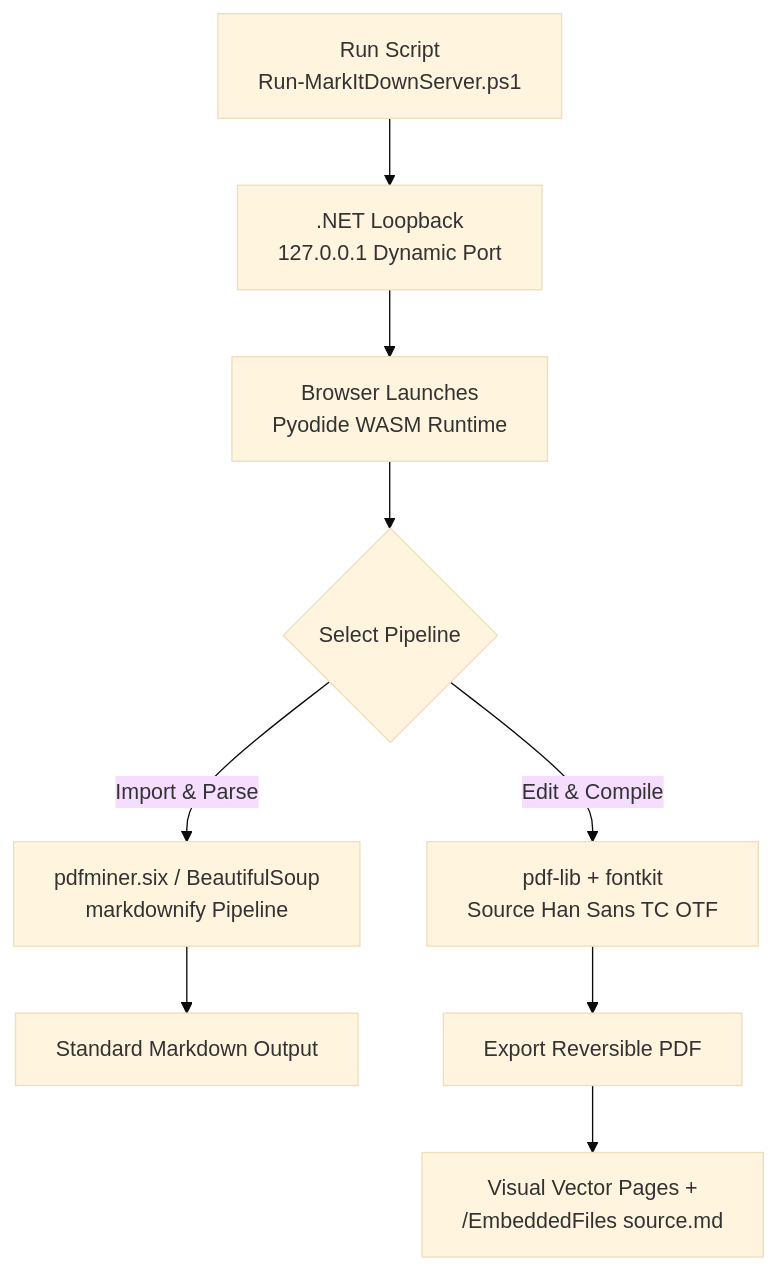
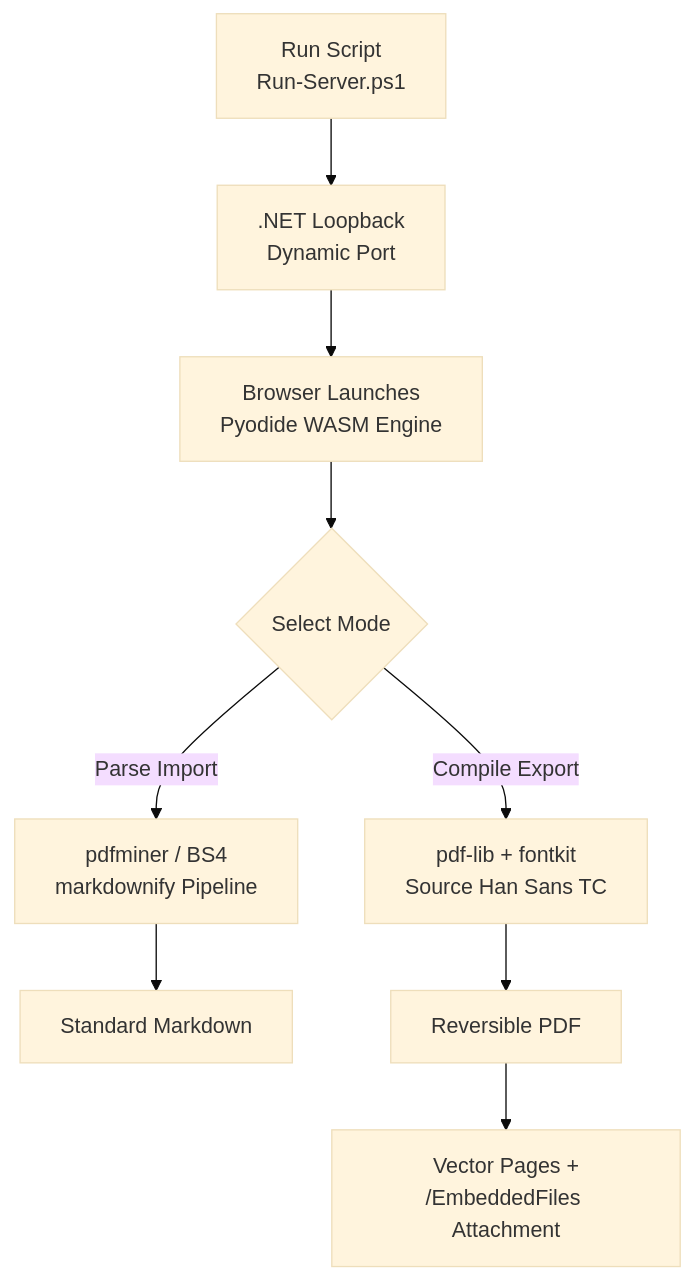
The second of 3 diagrams in README.md (ystartgo/MD_exchange), drawn with Mermaid (base theme) before and after one commit. The commit also changed other lines of this file, not shown here.

````diff
--- a/README.md
+++ b/README.md
@@ -91,11 +91,11 @@
 ```mermaid
 flowchart TD
-    A[Run Script<br/>Run-MarkItDownServer.ps1] --> B[.NET Loopback<br/>127.0.0.1 Dynamic Port]
-    B --> C[Browser Launches<br/>Pyodide WASM Runtime]
-    C --> D{Select Pipeline}
-    D -->|Import & Parse| E[pdfminer.six / BeautifulSoup<br/>markdownify Pipeline]
-    D -->|Edit & Compile| F[pdf-lib + fontkit<br/>Source Han Sans TC OTF]
-    E --> G[Standard Markdown Output]
-    F --> H[Export Reversible PDF]
-    H --> I[Visual Vector Pages +<br/>/EmbeddedFiles source.md]
+    A["Run Script<br>Run-Server.ps1"] --> B[".NET Loopback<br>Dynamic Port"]
+    B --> C["Browser Launches<br>Pyodide WASM Engine"]
+    C --> D{"Select Mode"}
+    D -->|Parse Import| E["pdfminer / BS4<br>markdownify Pipeline"]
+    D -->|Compile Export| F["pdf-lib + fontkit<br>Source Han Sans TC"]
+    E --> G["Standard Markdown"]
+    F --> H["Reversible PDF"]
+    H --> I["Vector Pages +<br>/EmbeddedFiles Attachment"]
 ```
````
